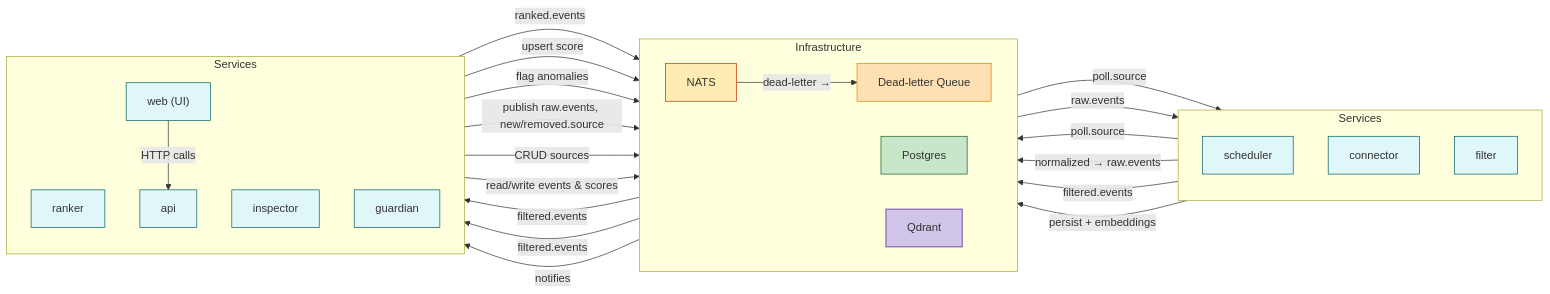
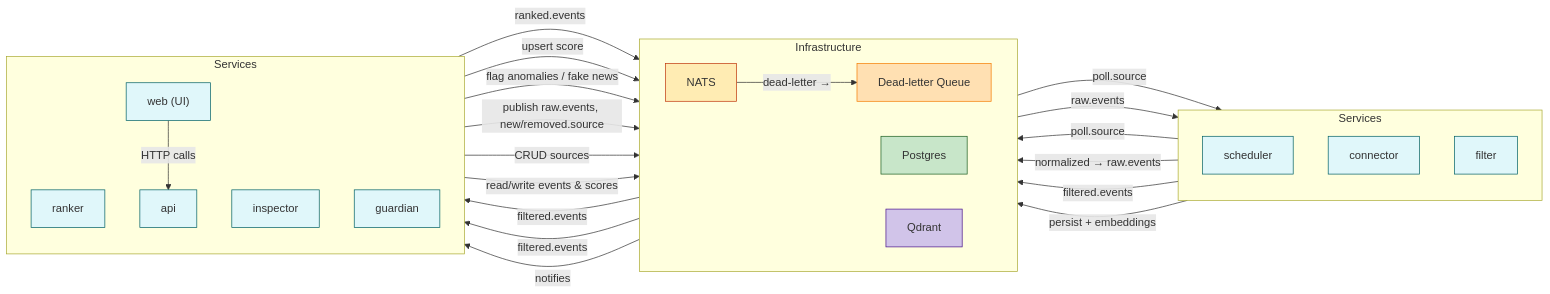
The diagram in docs/architecture.md (gsantopaolo/sentinel-AI), drawn with Mermaid before and after one commit. The commit also changed 8 other files, not shown here.

````diff
--- a/docs/architecture.md
+++ b/docs/architecture.md
@@ -9,60 +9,60 @@
 ```mermaid
 flowchart LR
     %% Left Services (vertical)
     subgraph ServicesLeft["Services"]
       direction TB
       scheduler["scheduler"]:::service
       connector["connector"]:::service
       filter["filter"]:::service
     end
 
     %% Wide Infrastructure (horizontal)
     subgraph Infrastructure["Infrastructure"]
       direction LR
       NATS["NATS"]:::nats
       DLQ["Dead-letter Queue"]:::dlq
       Postgres["Postgres"]:::postgres
       Qdrant["Qdrant"]:::qdrant
     end
 
     %% Right Services (vertical)
     subgraph ServicesRight["Services"]
       direction TB
       ranker["ranker"]:::service
       inspector["inspector"]:::service
       api["api"]:::service
       web["web (UI)"]:::service
       guardian["guardian"]:::service
     end
 
     %% Publications: services → infra
     scheduler -- "poll.source" --> NATS
     connector -- "normalized → raw.events" --> NATS
     filter -- "filtered.events" --> NATS
     filter -- "persist + embeddings" --> Qdrant
 
     %% Subscriptions: infra → services
     NATS -- "poll.source" --> connector
     NATS -- "raw.events" --> filter
     NATS -- "filtered.events" --> ranker
     NATS -- "filtered.events" --> inspector
     NATS -- "dead-letter →" --> DLQ
 
     %% Additional infra flows
     ranker -- "ranked.events" --> NATS
     ranker -- "upsert score" --> Qdrant
-    inspector -- "flag anomalies" --> Qdrant
+    inspector -- "flag anomalies / fake news" --> Qdrant
     DLQ -- "notifies" --> guardian
 
     %% API & UI interactions
     api -- "publish raw.events, new/removed.source" --> NATS
     api -- "CRUD sources" --> Postgres
     api -- "read/write events & scores" --> Qdrant
     web -- "HTTP calls" --> api
 
     classDef service   fill:#e0f7fa,stroke:#006064,stroke-width:1px;
     classDef nats      fill:#ffecb3,stroke:#bf360c,stroke-width:1px;
     classDef dlq       fill:#ffe0b2,stroke:#f57c00,stroke-width:1px;
     classDef postgres  fill:#c8e6c9,stroke:#1b5e20,stroke-width:1px;
     classDef qdrant    fill:#d1c4e9,stroke:#4a148c,stroke-width:1px;
 ```
````
